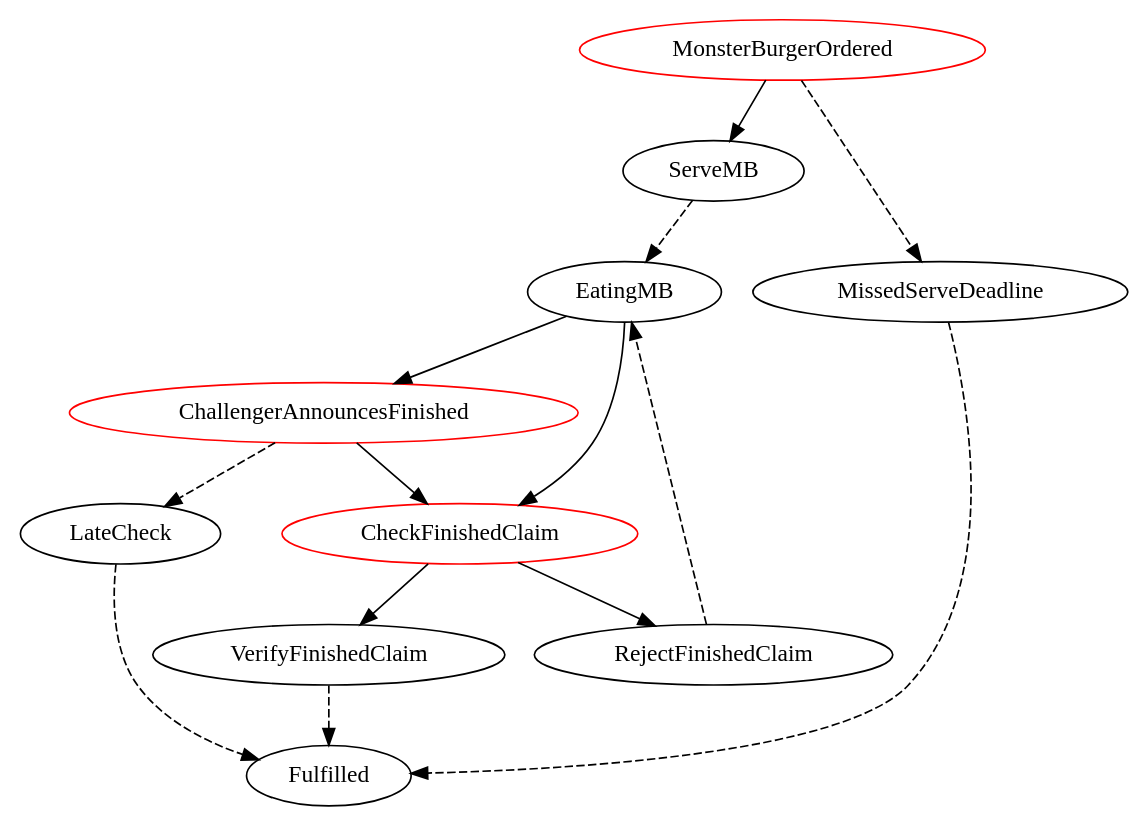
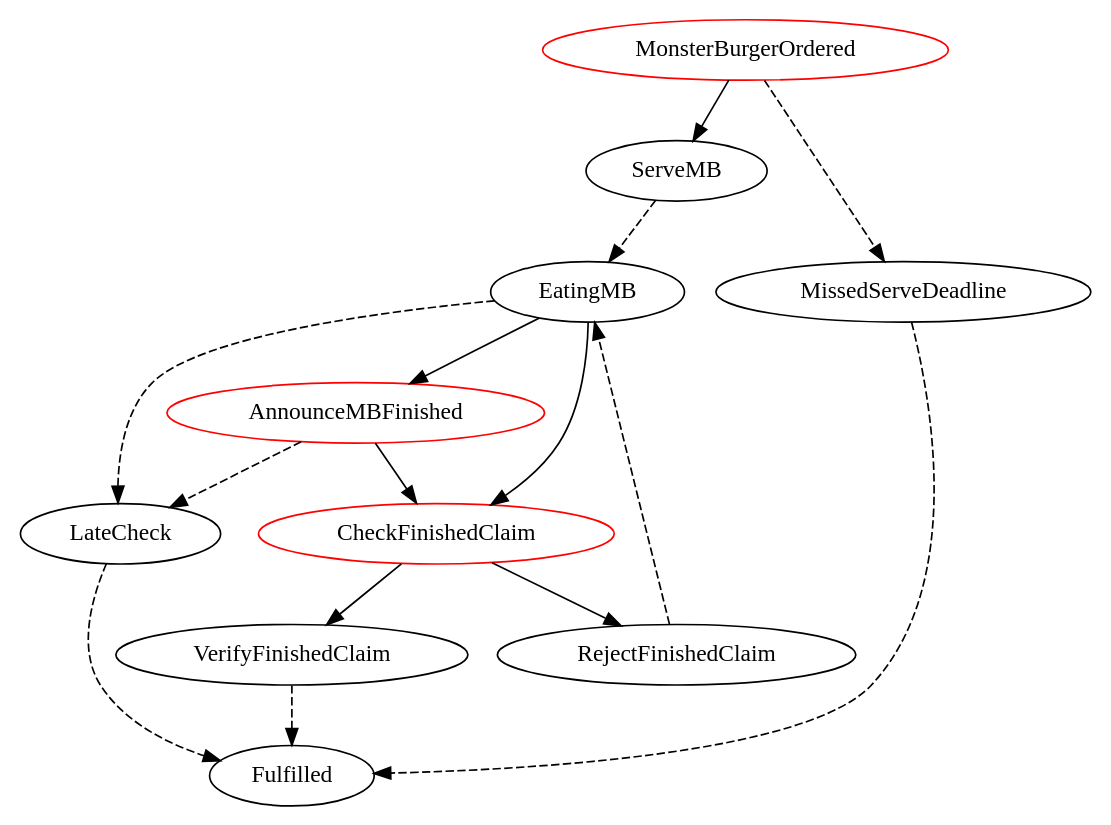
The diagram in linear_state_machine_language/out/monster_burger.dot (Marcao02/complaw-deeptech), drawn with Graphviz before and after one commit. The commit also changed 2 other files, not shown here.

```diff
--- a/linear_state_machine_language/out/monster_burger.dot
+++ b/linear_state_machine_language/out/monster_burger.dot
@@ -1,26 +1,27 @@
 // THIS IS A GENERATED FILE. DO NOT EDIT.
 
 digraph Monster_Burger {
 	MonsterBurgerOrdered[label=MonsterBurgerOrdered,color=Red];
 	ServeMB[label=ServeMB];
 	MissedServeDeadline[label=MissedServeDeadline];
 	EatingMB[label=EatingMB];
-	ChallengerAnnouncesFinished[label=ChallengerAnnouncesFinished,color=Red];
+	AnnounceMBFinished[label=AnnounceMBFinished,color=Red];
 	LateCheck[label=LateCheck];
 	CheckFinishedClaim[label=CheckFinishedClaim,color=Red];
 	RejectFinishedClaim[label=RejectFinishedClaim];
 	VerifyFinishedClaim[label=VerifyFinishedClaim];
 	MonsterBurgerOrdered -> ServeMB;
 	MonsterBurgerOrdered -> MissedServeDeadline [style=dashed];
 	ServeMB -> EatingMB [style=dashed];
 	MissedServeDeadline -> Fulfilled [style=dashed];
-	EatingMB -> ChallengerAnnouncesFinished;
+	EatingMB -> AnnounceMBFinished;
 	EatingMB -> CheckFinishedClaim;
-	ChallengerAnnouncesFinished -> CheckFinishedClaim;
-	ChallengerAnnouncesFinished -> LateCheck [style=dashed];
+	EatingMB -> LateCheck [style=dashed];
+	AnnounceMBFinished -> CheckFinishedClaim;
+	AnnounceMBFinished -> LateCheck [style=dashed];
 	LateCheck -> Fulfilled [style=dashed];
+	CheckFinishedClaim -> RejectFinishedClaim;
 	CheckFinishedClaim -> VerifyFinishedClaim;
-	CheckFinishedClaim -> RejectFinishedClaim;
 	RejectFinishedClaim -> EatingMB [style=dashed];
 	VerifyFinishedClaim -> Fulfilled [style=dashed];
 }
```
